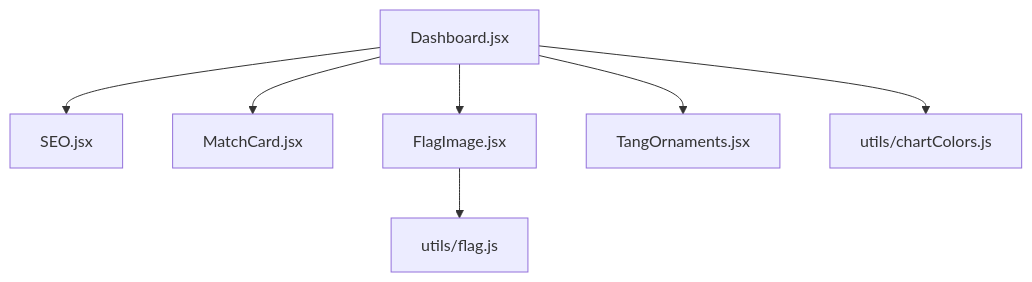
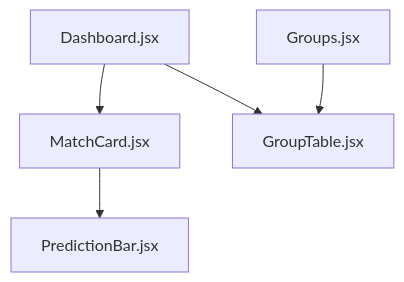
One commit to cheesiong/WC26-qwen changed the sixth of 9 diagrams in .qoder/repowiki/en/content/System Architecture/Frontend Architecture.md. Above: the diagram before and after it, drawn with Mermaid. The commit also changed other lines of this file and 181 other files, not shown here.

````diff
--- a/.qoder/repowiki/en/content/System Architecture/Frontend Architecture.md
+++ b/.qoder/repowiki/en/content/System Architecture/Frontend Architecture.md
@@ -309,9 +279,12 @@
 ```mermaid
 graph TB
-Dashboard["Dashboard.jsx"] --> SEO["SEO.jsx"]
-Dashboard --> MatchCard["MatchCard.jsx"]
-Dashboard --> FlagImage["FlagImage.jsx"]
-Dashboard --> TangOrnaments["TangOrnaments.jsx"]
-FlagImage --> UtilsFlag["utils/flag.js"]
-Dashboard --> ChartColors["utils/chartColors.js"]
+DASH["Dashboard.jsx"]
+GROUPS["Groups.jsx"]
+MATCH["MatchCard.jsx"]
+TABLE["GroupTable.jsx"]
+BAR["PredictionBar.jsx"]
+DASH --> MATCH
+DASH --> TABLE
+GROUPS --> TABLE
+MATCH --> BAR
 ```
````
